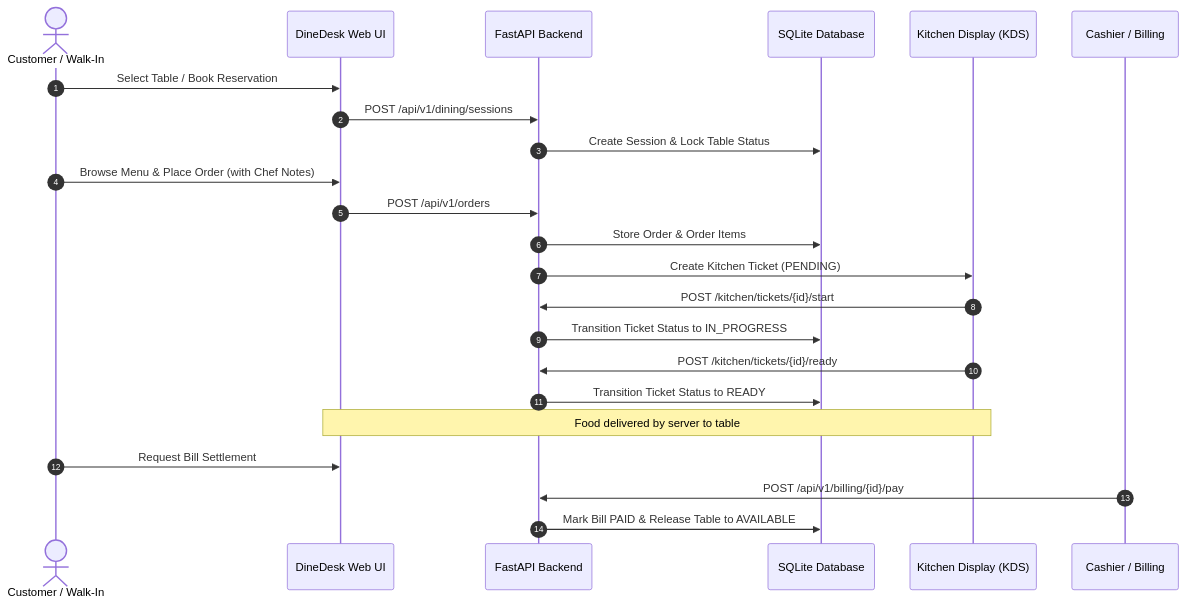
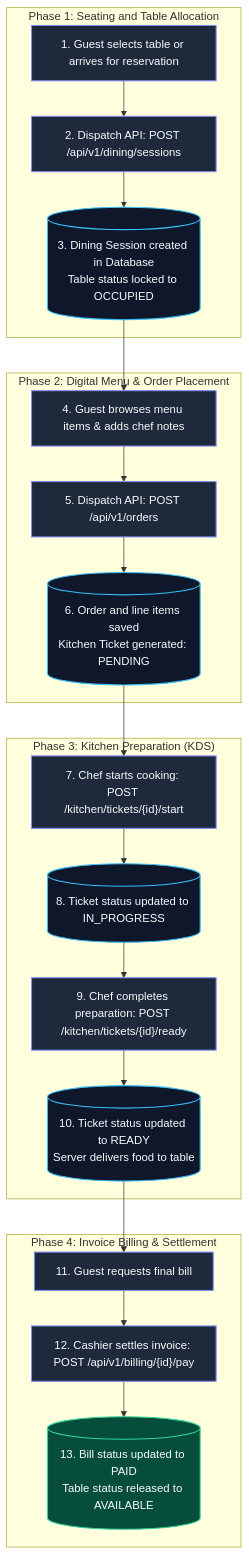
One commit to sahajasakhunala/DineDesk changed the second of 2 diagrams in README.md. Above: the diagram before and after it, drawn with Mermaid. The commit also changed other lines of this file, not shown here.

Commit message:
Replace wide sequence diagram with clean vertical operational lifecycle flowchart in README

````diff
--- a/README.md
+++ b/README.md
@@ -112,26 +102,35 @@
 ```mermaid
-sequenceDiagram
-    autonumber
-    actor Guest as Customer / Walk-In
-    participant UI as DineDesk Web UI
-    participant API as FastAPI Backend
-    participant DB as SQLite Database
-    participant Kitchen as Kitchen Display (KDS)
-    participant Cashier as Cashier / Billing
+graph TD
+    classDef step fill:#1e293b,stroke:#818cf8,stroke-width:1.5px,color:#f8fafc;
+    classDef db fill:#0f172a,stroke:#38bdf8,stroke-width:1.5px,color:#f8fafc;
+    classDef success fill:#064e3b,stroke:#34d399,stroke-width:1.5px,color:#f8fafc;
 
-    Guest->>UI: Select Table / Book Reservation
-    UI->>API: POST /api/v1/dining/sessions
-    API->>DB: Create Session & Lock Table Status
-    Guest->>UI: Browse Menu & Place Order (with Chef Notes)
-    UI->>API: POST /api/v1/orders
-    API->>DB: Store Order & Order Items
-    API->>Kitchen: Create Kitchen Ticket (PENDING)
-    Kitchen->>API: POST /kitchen/tickets/{id}/start
-    API->>DB: Transition Ticket Status to IN_PROGRESS
-    Kitchen->>API: POST /kitchen/tickets/{id}/ready
-    API->>DB: Transition Ticket Status to READY
-    Note over Kitchen,UI: Food delivered by server to table
-    Guest->>UI: Request Bill Settlement
-    Cashier->>API: POST /api/v1/billing/{id}/pay
-    API->>DB: Mark Bill PAID & Release Table to AVAILABLE
+    subgraph Phase1["Phase 1: Seating and Table Allocation"]
+        S1["1. Guest selects table or arrives for reservation"]:::step
+        S2["2. Dispatch API: POST /api/v1/dining/sessions"]:::step
+        S3[("3. Dining Session created in Database<br/>Table status locked to OCCUPIED")]:::db
+        S1 --> S2 --> S3
+    end
+
+    subgraph Phase2["Phase 2: Digital Menu & Order Placement"]
+        S4["4. Guest browses menu items & adds chef notes"]:::step
+        S5["5. Dispatch API: POST /api/v1/orders"]:::step
+        S6[("6. Order and line items saved<br/>Kitchen Ticket generated: PENDING")]:::db
+        S3 --> S4 --> S5 --> S6
+    end
+
+    subgraph Phase3["Phase 3: Kitchen Preparation (KDS)"]
+        S7["7. Chef starts cooking: POST /kitchen/tickets/{id}/start"]:::step
+        S8[("8. Ticket status updated to IN_PROGRESS")]:::db
+        S9["9. Chef completes preparation: POST /kitchen/tickets/{id}/ready"]:::step
+        S10[("10. Ticket status updated to READY<br/>Server delivers food to table")]:::db
+        S6 --> S7 --> S8 --> S9 --> S10
+    end
+
+    subgraph Phase4["Phase 4: Invoice Billing & Settlement"]
+        S11["11. Guest requests final bill"]:::step
+        S12["12. Cashier settles invoice: POST /api/v1/billing/{id}/pay"]:::step
+        S13[("13. Bill status updated to PAID<br/>Table status released to AVAILABLE")]:::success
+        S10 --> S11 --> S12 --> S13
+    end
 ```
````
